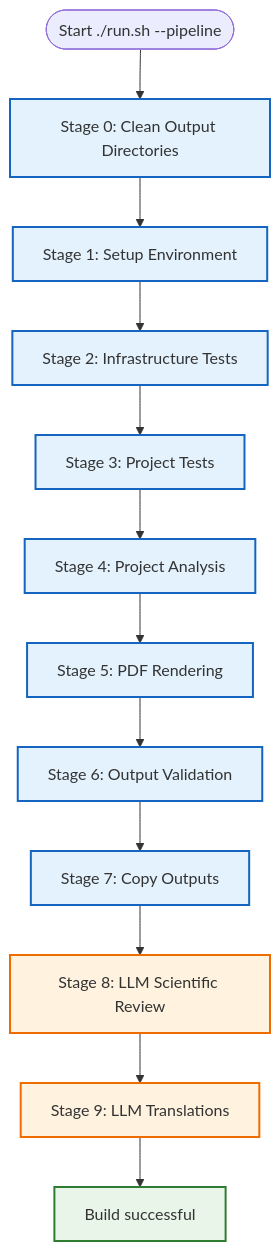
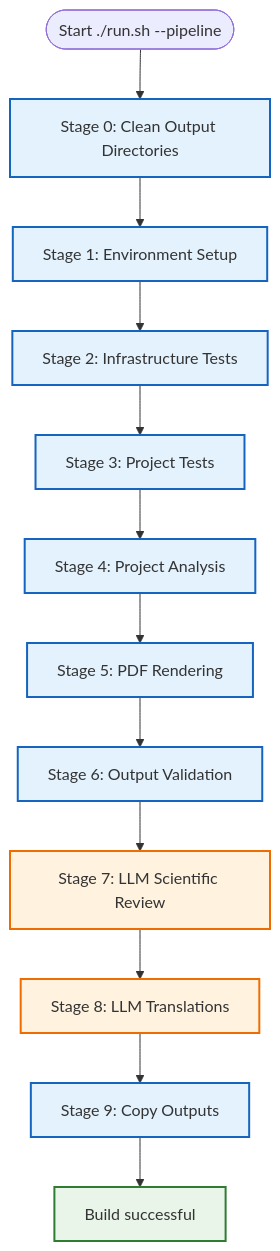
The second of 2 diagrams in docs/operational/build/build-system.md (docxology/template), drawn with Mermaid before and after one commit. The commit also changed other lines of this file and 15 other files, not shown here.

````diff
--- a/docs/operational/build/build-system.md
+++ b/docs/operational/build/build-system.md
@@ -100,23 +100,23 @@
 ```mermaid
 flowchart TD
     START([Start ./run.sh --pipeline]) --> CLEAN[Stage 0: Clean Output Directories]
-    CLEAN --> SETUP[Stage 1: Setup Environment]
+    CLEAN --> SETUP[Stage 1: Environment Setup]
     SETUP --> INFRA_TESTS[Stage 2: Infrastructure Tests]
     INFRA_TESTS --> PROJ_TESTS[Stage 3: Project Tests]
     PROJ_TESTS --> ANALYSIS[Stage 4: Project Analysis]
     ANALYSIS --> PDF[Stage 5: PDF Rendering]
     PDF --> VALIDATE[Stage 6: Output Validation]
-    VALIDATE --> COPY[Stage 7: Copy Outputs]
-    COPY --> LLM_REVIEW[Stage 8: LLM Scientific Review]
-    LLM_REVIEW --> LLM_TRANSLATE[Stage 9: LLM Translations]
-    LLM_TRANSLATE --> SUCCESS[Build successful]
+    VALIDATE --> LLM_REVIEW[Stage 7: LLM Scientific Review]
+    LLM_REVIEW --> LLM_TRANSLATE[Stage 8: LLM Translations]
+    LLM_TRANSLATE --> COPY[Stage 9: Copy Outputs]
+    COPY --> SUCCESS[Build successful]
 
     classDef success fill:#e8f5e8,stroke:#2e7d32,stroke-width:2px
     classDef failure fill:#ffebee,stroke:#c62828,stroke-width:2px
     classDef process fill:#e3f2fd,stroke:#1565c0,stroke-width:2px
     classDef optional fill:#fff3e0,stroke:#ef6c00,stroke-width:2px
 
     class SUCCESS success
     class LLM_REVIEW,LLM_TRANSLATE optional
     class CLEAN,SETUP,INFRA_TESTS,PROJ_TESTS,ANALYSIS,PDF,VALIDATE,COPY process
 ```
````
